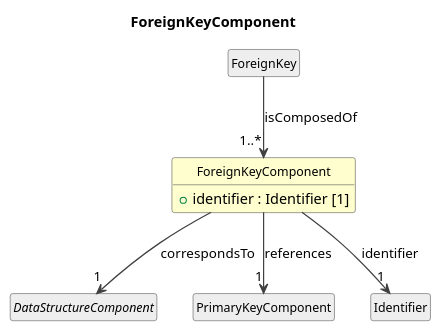
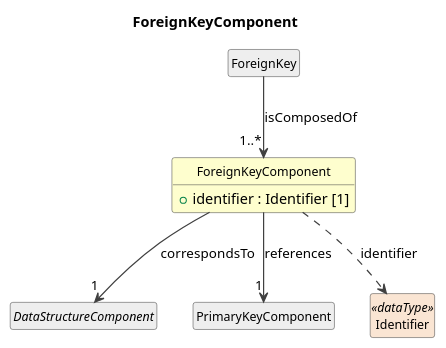
One commit to Cross-Domain-Interoperability-Framework/metadataBuildingBlocks changed the diagram in cdif-uml-model/DataDescriptionWithStructure/Classes/ForeignKeyComponent.pu. Above: the diagram before and after it, drawn with PlantUML. The commit also changed 834 other files, not shown here.

```diff
--- a/cdif-uml-model/DataDescriptionWithStructure/Classes/ForeignKeyComponent.pu
+++ b/cdif-uml-model/DataDescriptionWithStructure/Classes/ForeignKeyComponent.pu
@@ -1,25 +1,25 @@
 @startuml
 title ForeignKeyComponent
 hide circle
 hide empty members
 skinparam shadowing false
 skinparam ArrowThickness 1.2
 skinparam class {
   ArrowColor #404040
   BorderColor #404040
   FontSize 12
 }
 
 class "ForeignKeyComponent" as ForeignKeyComponent #FEFECE {
   +identifier : Identifier [1]
 }
 class "ForeignKey" as ForeignKey #EEEEEE
 ForeignKey --> "1..*" ForeignKeyComponent : isComposedOf
 abstract class "DataStructureComponent" as DataStructureComponent #EEEEEE
 ForeignKeyComponent --> "1" DataStructureComponent : correspondsTo
 class "PrimaryKeyComponent" as PrimaryKeyComponent #EEEEEE
 ForeignKeyComponent --> "1" PrimaryKeyComponent : references
-class "Identifier" as Identifier #EEEEEE
-ForeignKeyComponent --> "1" Identifier : identifier
+class "Identifier" as Identifier <<dataType>> #FAE5D3
+ForeignKeyComponent ..> Identifier : identifier
 
 @enduml
```
